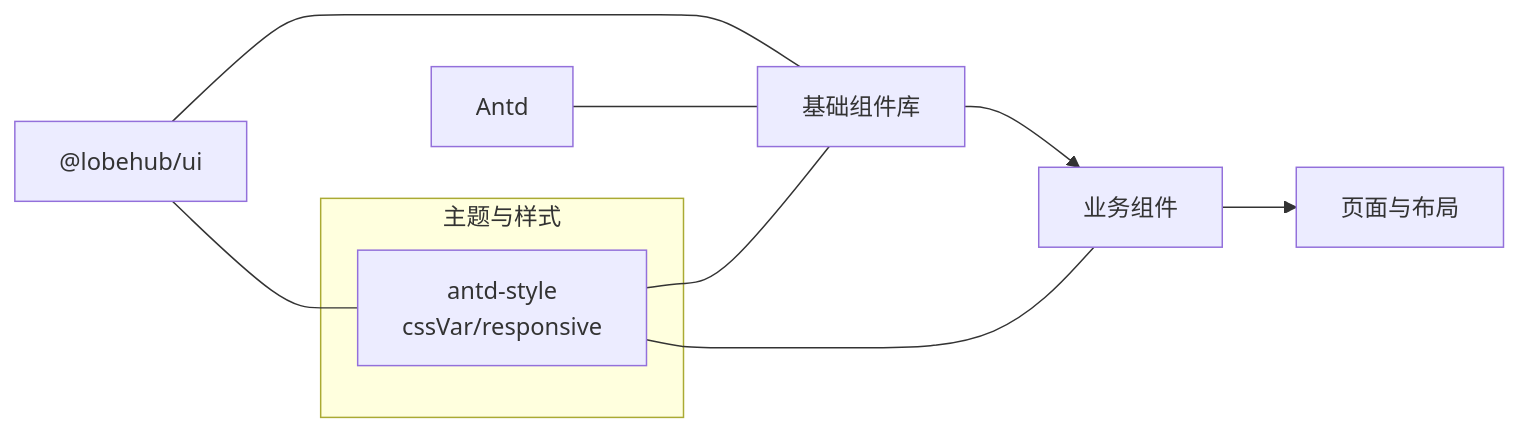
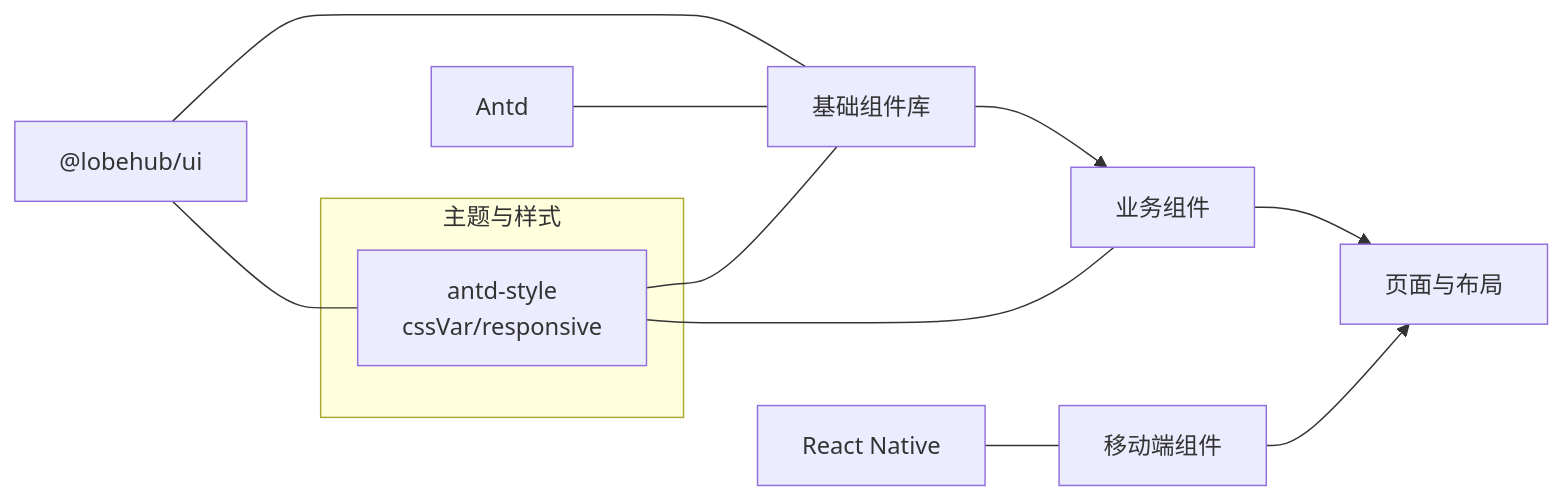
One commit to AvatoLabs/avato changed the second of 7 diagrams in .qoder/repowiki/zh/content/组件系统/组件系统.md. Above: the diagram before and after it, drawn with Mermaid. The commit also changed other lines of this file and 158 other files, not shown here.

````diff
--- a/.qoder/repowiki/zh/content/组件系统/组件系统.md
+++ b/.qoder/repowiki/zh/content/组件系统/组件系统.md
@@ -127,13 +180,15 @@
 ```mermaid
 graph LR
 UI["@lobehub/ui"] --- Base["基础组件库"]
 ANTD["Antd"] --- Base
+RN["React Native"] --- Mobile["移动端组件"]
 Base --> Biz["业务组件"]
 Biz --> Pages["页面与布局"]
+Mobile --> Pages
 subgraph "主题与样式"
 AS["antd-style<br/>cssVar/responsive"]
 end
 UI --- AS
 AS --- Base
 AS --- Biz
 ```
````
